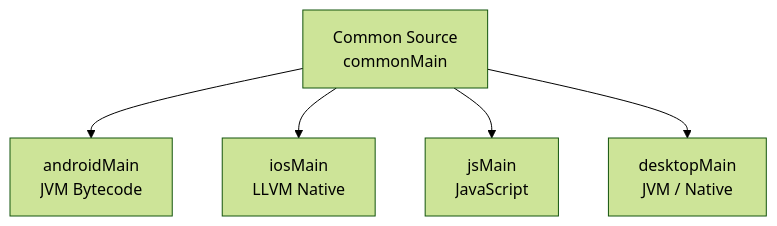
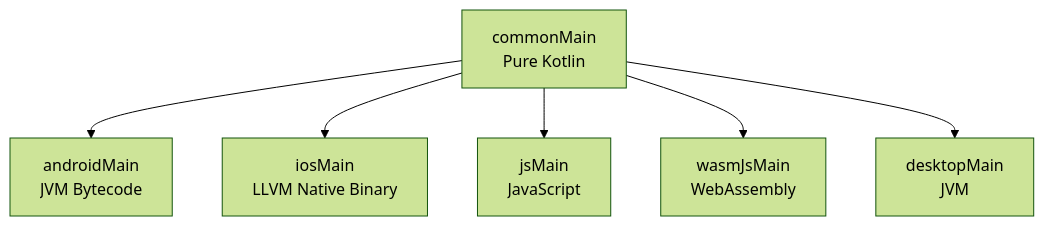
Before and after one commit to skymansandy/sandybox: the first of 4 diagrams in docs/programming/languages/kotlin/kmp.md, drawn with Mermaid (forest theme). The commit also changed other lines of this file and 21 other files, not shown here.

````diff
--- a/docs/programming/languages/kotlin/kmp.md
+++ b/docs/programming/languages/kotlin/kmp.md
@@ -12,7 +9,8 @@
 ```mermaid
 flowchart TD
-    Common[Common Source<br/>commonMain] --> Android[androidMain<br/>JVM Bytecode]
-    Common --> iOS[iosMain<br/>LLVM Native]
-    Common --> Web[jsMain<br/>JavaScript]
-    Common --> Desktop[desktopMain<br/>JVM / Native]
+    Common[commonMain<br/>Pure Kotlin] --> Android[androidMain<br/>JVM Bytecode]
+    Common --> iOS[iosMain<br/>LLVM Native Binary]
+    Common --> JS[jsMain<br/>JavaScript]
+    Common --> Wasm[wasmJsMain<br/>WebAssembly]
+    Common --> Desktop[desktopMain<br/>JVM]
 ```
````
